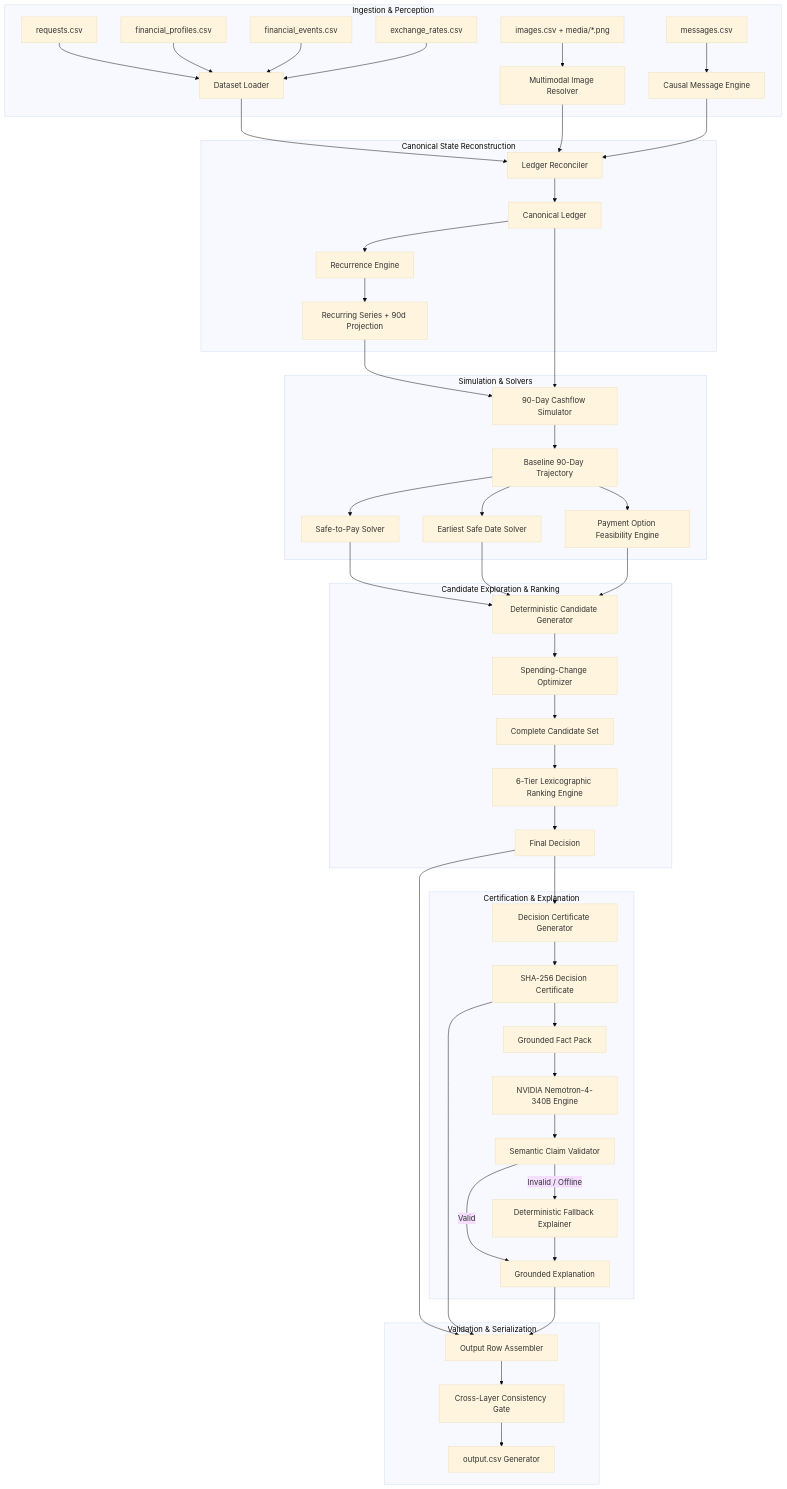
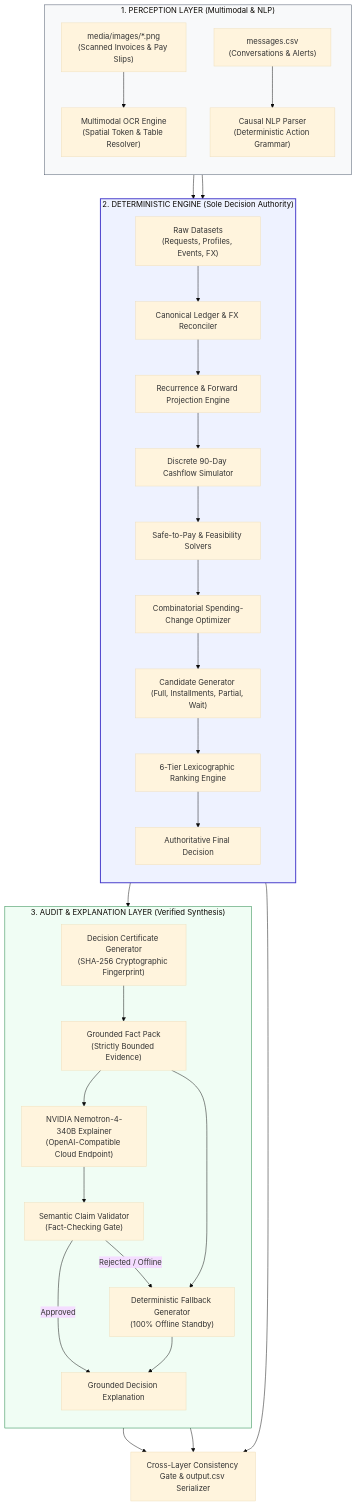
One commit to Vishallakshmikanthan/buy-or-wait changed the first of 2 diagrams in README.md. Above: the diagram before and after it, drawn with Mermaid (base theme). The commit also changed other lines of this file, not shown here.

````diff
--- a/README.md
+++ b/README.md
@@ -133,58 +72,42 @@
 ```mermaid
-graph TD
-    subgraph Ingestion & Perception
-        D1[requests.csv] --> Load[Dataset Loader]
-        D2[financial_profiles.csv] --> Load
-        D3[financial_events.csv] --> Load
-        D4[exchange_rates.csv] --> Load
-        D5[messages.csv] --> MsgParser[Causal Message Engine]
-        D6[images.csv + media/*.png] --> OCR[Multimodal Image Resolver]
+graph TB
+    subgraph Tier1["1. PERCEPTION LAYER (Multimodal & NLP)"]
+        direction TB
+        IMG["media/images/*.png<br/>(Scanned Invoices & Pay Slips)"] --> OCR["Multimodal OCR Engine<br/>(Spatial Token & Table Resolver)"]
+        MSG["messages.csv<br/>(Conversations & Alerts)"] --> NLP["Causal NLP Parser<br/>(Deterministic Action Grammar)"]
     end
 
-    subgraph Canonical State Reconstruction
-        Load --> Recon[Ledger Reconciler]
-        OCR --> Recon
-        MsgParser --> Recon
-        Recon --> Ledger[Canonical Ledger]
-        Ledger --> Recur[Recurrence Engine]
-        Recur --> Series[Recurring Series + 90d Projection]
+    subgraph Tier2["2. DETERMINISTIC ENGINE (Sole Decision Authority)"]
+        direction TB
+        DATA["Raw Datasets<br/>(Requests, Profiles, Events, FX)"] --> RECON["Canonical Ledger & FX Reconciler"]
+        OCR --> RECON
+        NLP --> RECON
+        RECON --> REC["Recurrence & Forward Projection Engine"]
+        REC --> SIM["Discrete 90-Day Cashflow Simulator"]
+        SIM --> S2P["Safe-to-Pay & Feasibility Solvers"]
+        S2P --> SPEND["Combinatorial Spending-Change Optimizer"]
+        SPEND --> CAND["Candidate Generator (Full, Installments, Partial, Wait)"]
+        CAND --> RANK["6-Tier Lexicographic Ranking Engine"]
+        RANK --> DEC["Authoritative Final Decision"]
     end
 
-    subgraph Simulation & Solvers
-        Series --> Sim[90-Day Cashflow Simulator]
-        Ledger --> Sim
-        Sim --> BaseSim[Baseline 90-Day Trajectory]
-        BaseSim --> S2P[Safe-to-Pay Solver]
-        BaseSim --> Earliest[Earliest Safe Date Solver]
-        BaseSim --> OptFeas[Payment Option Feasibility Engine]
+    subgraph Tier3["3. AUDIT & EXPLANATION LAYER (Verified Synthesis)"]
+        direction TB
+        DEC --> CERT["Decision Certificate Generator<br/>(SHA-256 Cryptographic Fingerprint)"]
+        CERT --> PACK["Grounded Fact Pack<br/>(Strictly Bounded Evidence)"]
+        PACK --> NEMO["NVIDIA Nemotron-4-340B Explainer<br/>(OpenAI-Compatible Cloud Endpoint)"]
+        PACK --> FALLBACK["Deterministic Fallback Generator<br/>(100% Offline Standby)"]
+        NEMO --> VAL["Semantic Claim Validator<br/>(Fact-Checking Gate)"]
+        VAL -->|Approved| FINAL_EXP["Grounded Decision Explanation"]
+        VAL -->|Rejected / Offline| FALLBACK
+        FALLBACK --> FINAL_EXP
     end
 
-    subgraph Candidate Exploration & Ranking
-        S2P --> CandGen[Deterministic Candidate Generator]
-        Earliest --> CandGen
-        OptFeas --> CandGen
-        CandGen --> OptSpend[Spending-Change Optimizer]
-        OptSpend --> CandSet[Complete Candidate Set]
-        CandSet --> Ranker[6-Tier Lexicographic Ranking Engine]
-        Ranker --> FinalDec[Final Decision]
-    end
+    DEC --> OUT["Cross-Layer Consistency Gate & output.csv Serializer"]
+    CERT --> OUT
+    FINAL_EXP --> OUT
 
-    subgraph Certification & Explanation
-        FinalDec --> CertEngine[Decision Certificate Generator]
-        CertEngine --> Cert[SHA-256 Decision Certificate]
-        Cert --> FactPack[Grounded Fact Pack]
-        FactPack --> Nemotron[NVIDIA Nemotron-4-340B Engine]
-        Nemotron --> ClaimVal[Semantic Claim Validator]
-        ClaimVal -->|Valid| Expl[Grounded Explanation]
-        ClaimVal -->|Invalid / Offline| Fallback[Deterministic Fallback Explainer]
-        Fallback --> Expl
-    end
-
-    subgraph Validation & Serialization
-        FinalDec --> Assembler[Output Row Assembler]
-        Cert --> Assembler
-        Expl --> Assembler
-        Assembler --> ConsistencyGate[Cross-Layer Consistency Gate]
-        ConsistencyGate --> CSV[output.csv Generator]
-    end
+    style Tier1 fill:#f8f9fa,stroke:#4a5568,stroke-width:1px
+    style Tier2 fill:#eef2ff,stroke:#4338ca,stroke-width:2px
+    style Tier3 fill:#f0fdf4,stroke:#15803d,stroke-width:1px
 ```
````
